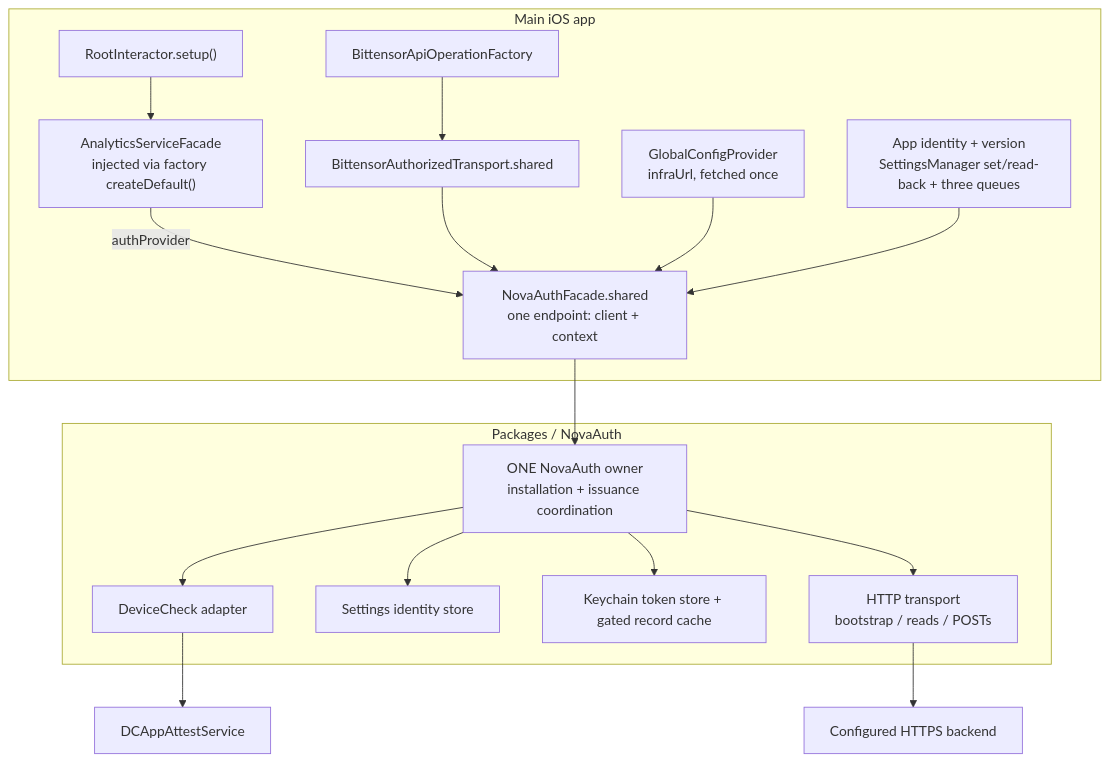
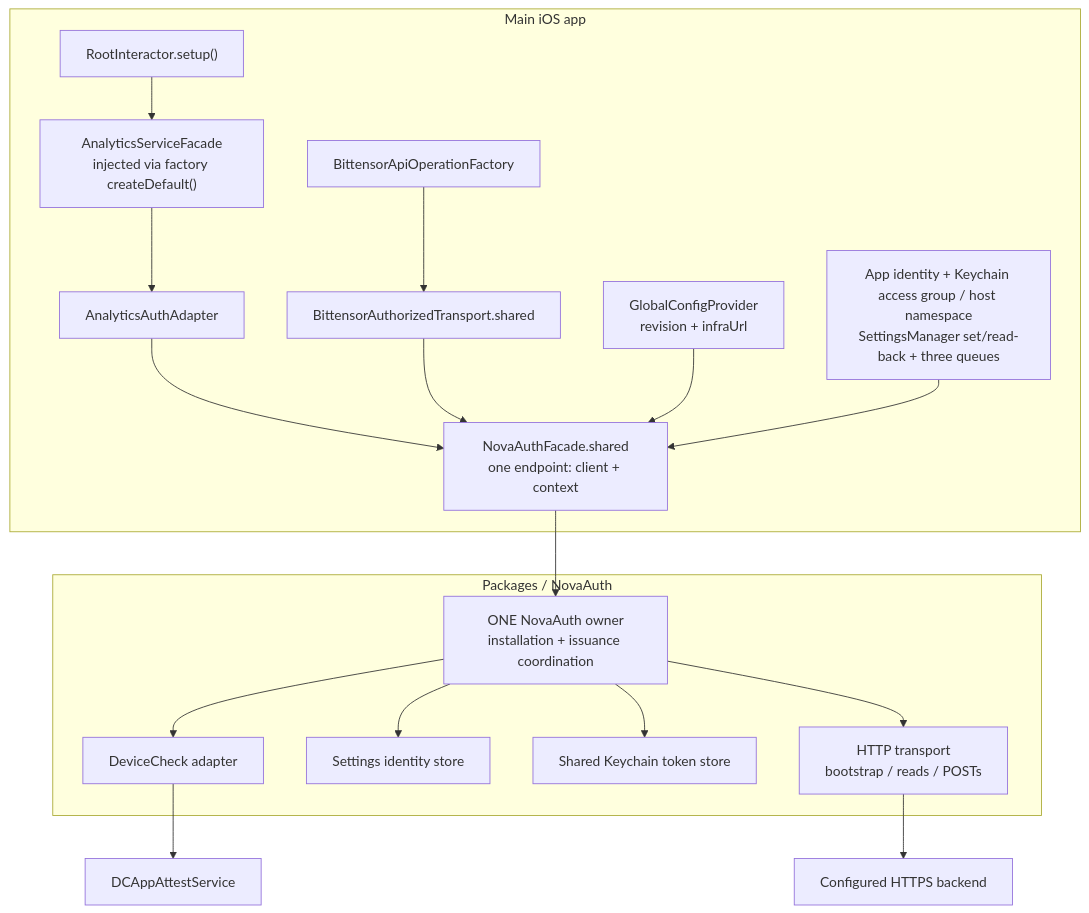
One commit to novasamatech/nova-wallet-ios changed the first of 9 diagrams in .claude/docs/architecture/novaauth-client-diagrams.md. Above: the diagram before and after it, drawn with Mermaid. The commit also changed other lines of this file and 6 other files, not shown here.

````diff
--- a/.claude/docs/architecture/novaauth-client-diagrams.md
+++ b/.claude/docs/architecture/novaauth-client-diagrams.md
@@ -13,20 +14,21 @@
 ```mermaid
 flowchart TB
   subgraph APP["Main iOS app"]
     ROOT["RootInteractor.setup()"] --> AF["AnalyticsServiceFacade<br/>injected via factory createDefault()"]
+    AF --> AA["AnalyticsAuthAdapter"]
     BT["BittensorApiOperationFactory"] --> TR["BittensorAuthorizedTransport.shared"]
-    AF -- "authProvider" --> F["NovaAuthFacade.shared<br/>one endpoint: client + context"]
+    AA --> F["NovaAuthFacade.shared<br/>one endpoint: client + context"]
     TR --> F
-    CONFIG["GlobalConfigProvider<br/>infraUrl, fetched once"] --> F
-    HOST["App identity + version<br/>SettingsManager set/read-back + three queues"] --> F
+    CONFIG["GlobalConfigProvider<br/>revision + infraUrl"] --> F
+    HOST["App identity + Keychain access group / host namespace<br/>SettingsManager set/read-back + three queues"] --> F
   end
   subgraph PACKAGE["Packages / NovaAuth"]
     F --> OWNER["ONE NovaAuth owner<br/>installation + issuance coordination"]
     OWNER --> APPLE["DeviceCheck adapter"]
     OWNER --> STATE["Settings identity store"]
-    OWNER --> TOKEN["Keychain token store + gated record cache"]
+    OWNER --> TOKEN["Shared Keychain token store"]
     OWNER --> HTTP["HTTP transport<br/>bootstrap / reads / POSTs"]
   end
   HTTP --> BACKEND["Configured HTTPS backend"]
   APPLE --> OS["DCAppAttestService"]
 ```
````
